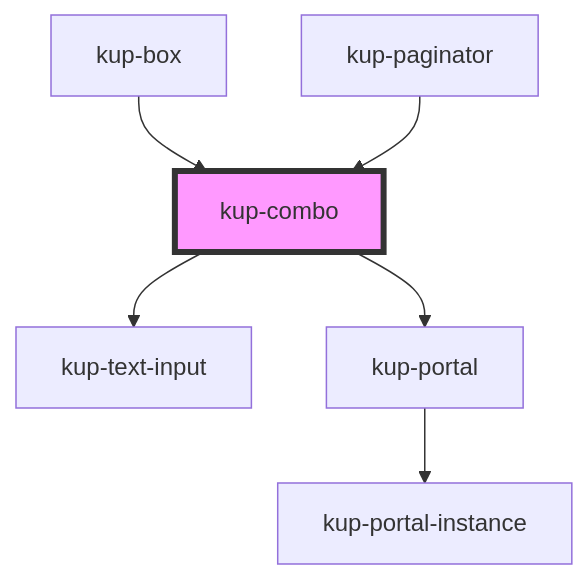
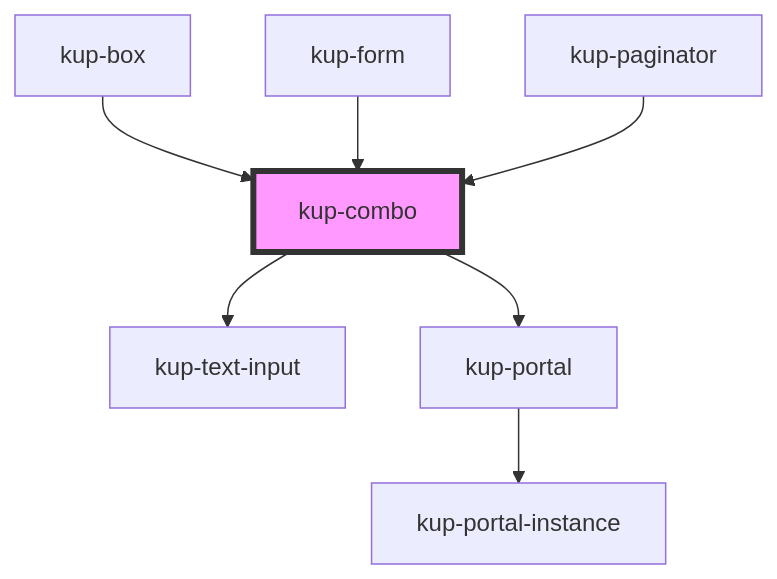
Before and after one commit to smeup/ketchup: the diagram in packages/ketchup/src/components/kup-combo/readme.md, drawn with Mermaid. The commit also changed other lines of this file and 7 other files, not shown here.

Commit message:
kup form: combo

````diff
--- a/packages/ketchup/src/components/kup-combo/readme.md
+++ b/packages/ketchup/src/components/kup-combo/readme.md
@@ -88,9 +91,10 @@
 ```mermaid
 graph TD;
   kup-combo --> kup-text-input
   kup-combo --> kup-portal
   kup-portal --> kup-portal-instance
   kup-box --> kup-combo
+  kup-form --> kup-combo
   kup-paginator --> kup-combo
   style kup-combo fill:#f9f,stroke:#333,stroke-width:4px
 ```
````
